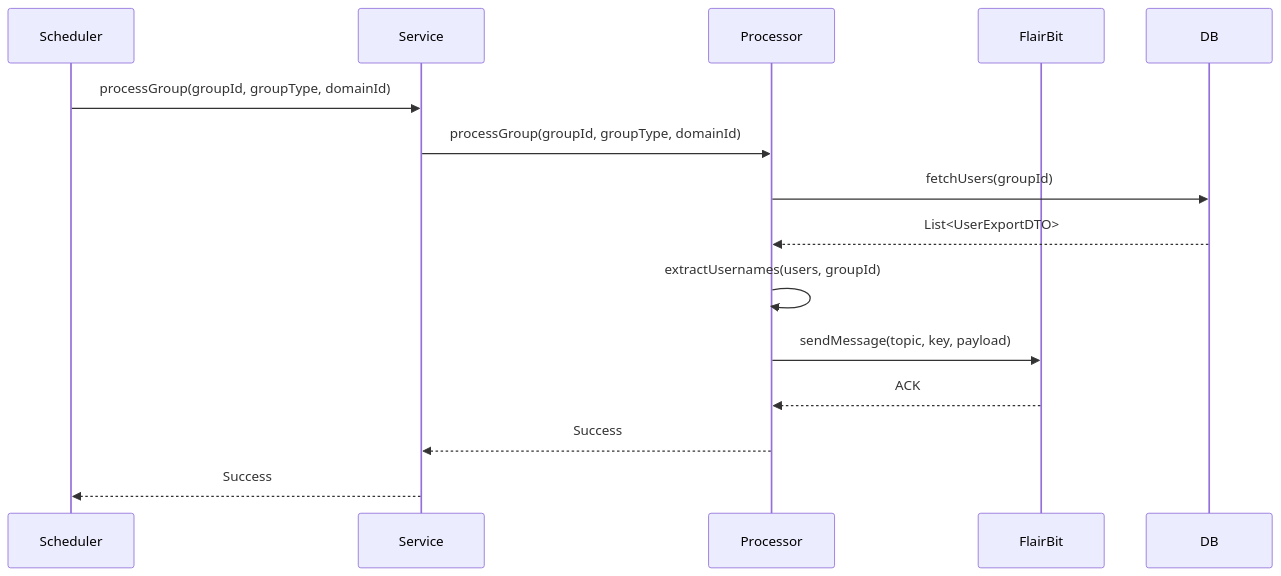
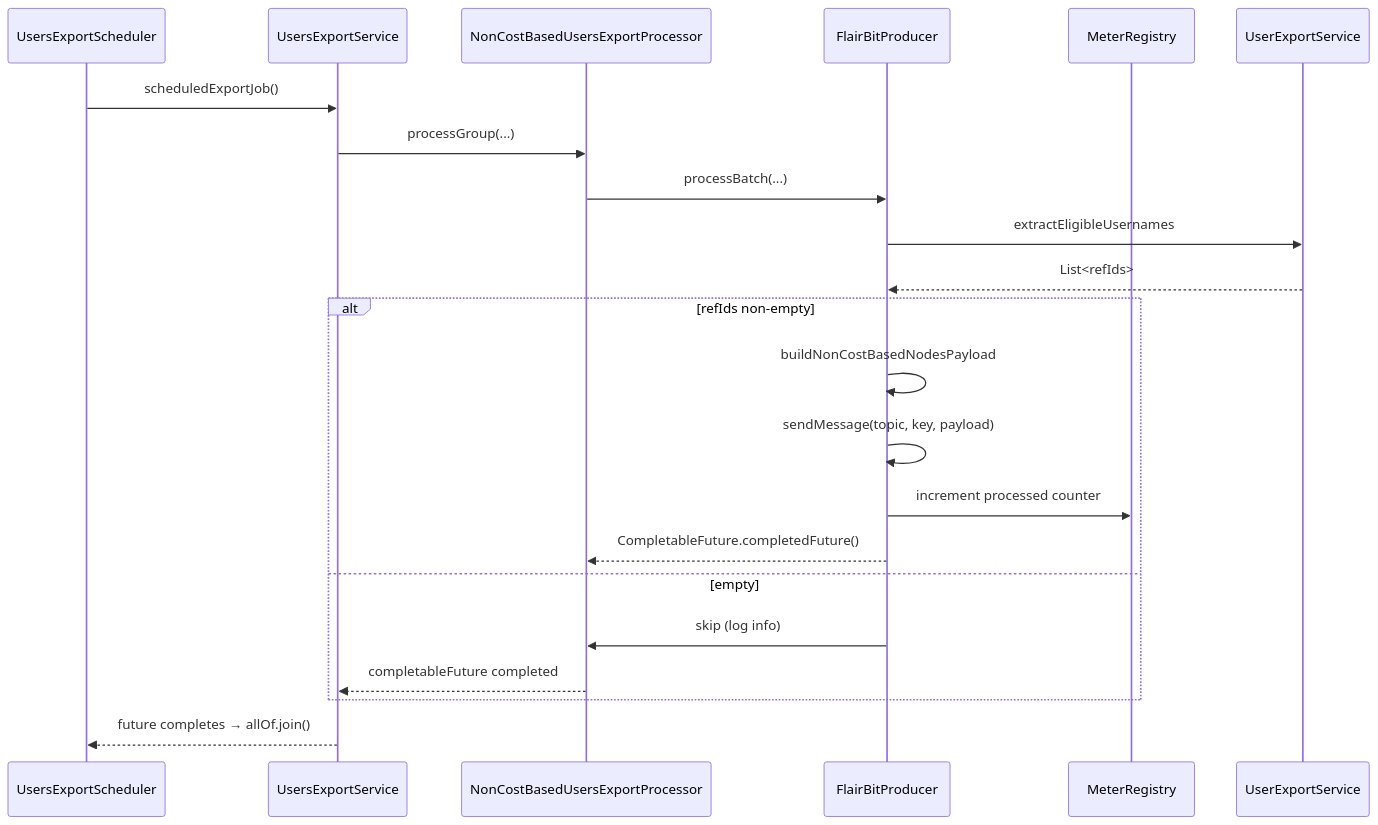
The third of 5 diagrams in docs/LLD/UsersExport.md (kagit00/flairbit), drawn with Mermaid before and after one commit. The commit also changed other lines of this file and 3 other files, not shown here.

````diff
--- a/docs/LLD/UsersExport.md
+++ b/docs/LLD/UsersExport.md
@@ -106,17 +120,24 @@
 ```mermaid
 sequenceDiagram
-    participant Scheduler
-    participant Service
-    participant Processor
-    participant FlairBit
+    participant Sched as UsersExportScheduler
+    participant Service as UsersExportService
+    participant Proc as NonCostBasedUsersExportProcessor
+    participant CBF as FlairBitProducer
+    participant Meter as MeterRegistry
 
-    Scheduler->>Service: processGroup(groupId, groupType, domainId)
-    Service->>Processor: processGroup(groupId, groupType, domainId)
-    Processor->>DB: fetchUsers(groupId)
-    DB-->>Processor: List<UserExportDTO>
-    Processor->>Processor: extractUsernames(users, groupId)
-    Processor->>FlairBit: sendMessage(topic, key, payload)
-    FlairBit-->>Processor: ACK
-    Processor-->>Service: Success
-    Service-->>Scheduler: Success
+    Sched->>Service: scheduledExportJob()
+    Service->>Proc: processGroup(...)
+    Proc->>CBF: processBatch(...)
+    CBF->>UserExportService: extractEligibleUsernames
+    UserExportService-->>CBF: List<refIds>
+    alt refIds non‑empty
+        CBF->>CBF: buildNonCostBasedNodesPayload
+        CBF->>CBF: sendMessage(topic, key, payload)
+        CBF->>Meter: increment processed counter
+        CBF-->>Proc: CompletableFuture.completedFuture()
+    else empty
+        CBF->>Proc: skip (log info)
+        Proc-->>Service: completableFuture completed
+    end
+    Service-->>Sched: future completes → allOf.join()
 ```
````
